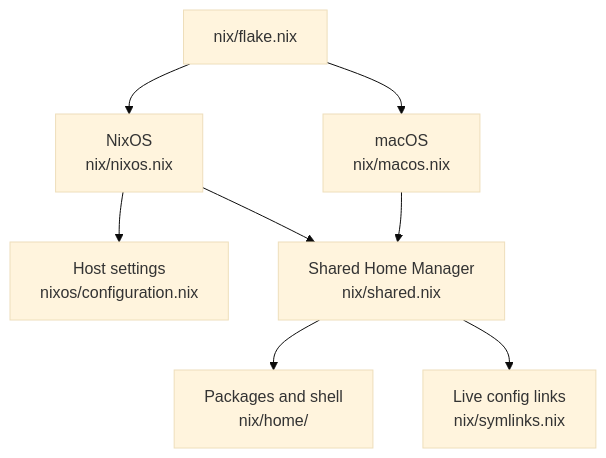
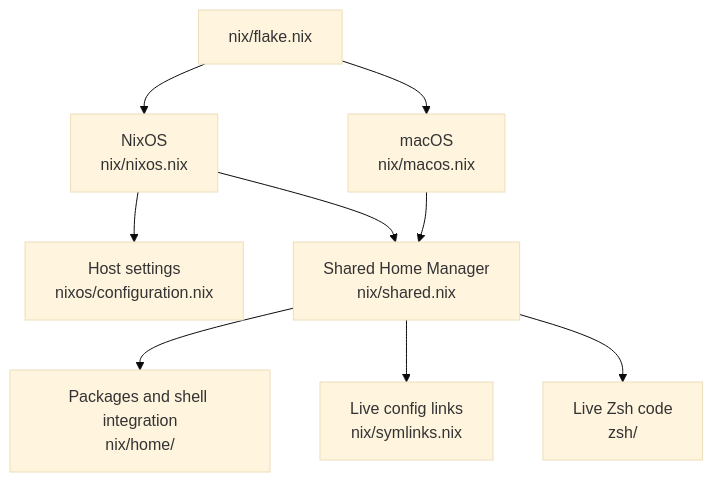
One commit to Kamyil/.dotfiles changed the first of 2 diagrams in README.md. Above: the diagram before and after it, drawn with Mermaid (base theme). The commit also changed other lines of this file and 10 other files, not shown here.

````diff
--- a/README.md
+++ b/README.md
@@ -23,11 +23,12 @@
 ```mermaid
 flowchart TD
     F["nix/flake.nix"]
     F --> M["macOS<br/>nix/macos.nix"]
     F --> N["NixOS<br/>nix/nixos.nix"]
     N --> H["Host settings<br/>nixos/configuration.nix"]
     M --> S["Shared Home Manager<br/>nix/shared.nix"]
     N --> S
-    S --> P["Packages and shell<br/>nix/home/"]
+    S --> P["Packages and shell integration<br/>nix/home/"]
     S --> L["Live config links<br/>nix/symlinks.nix"]
+    S --> Z["Live Zsh code<br/>zsh/"]
 ```
````
